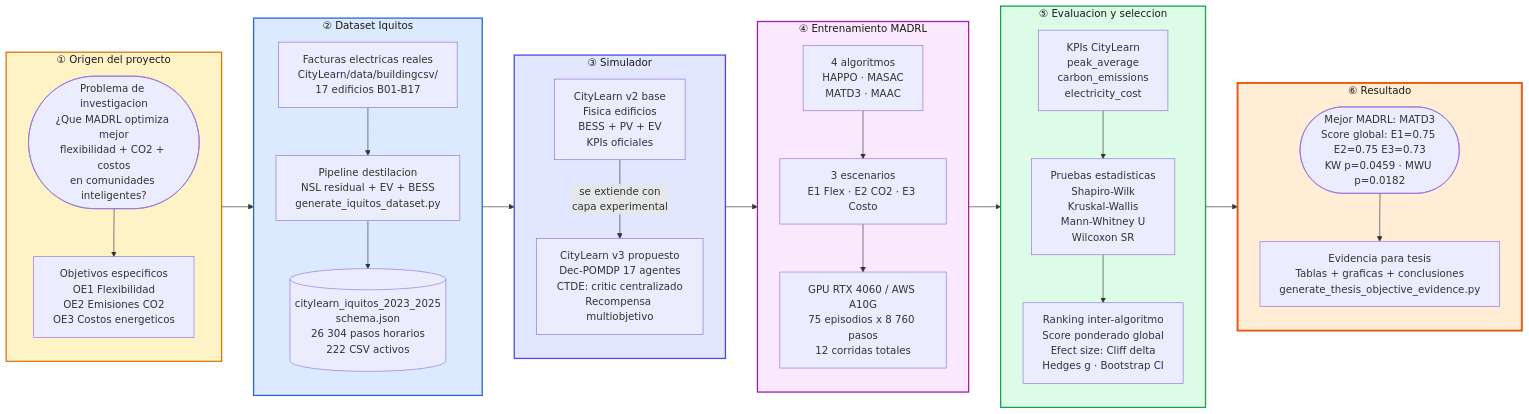
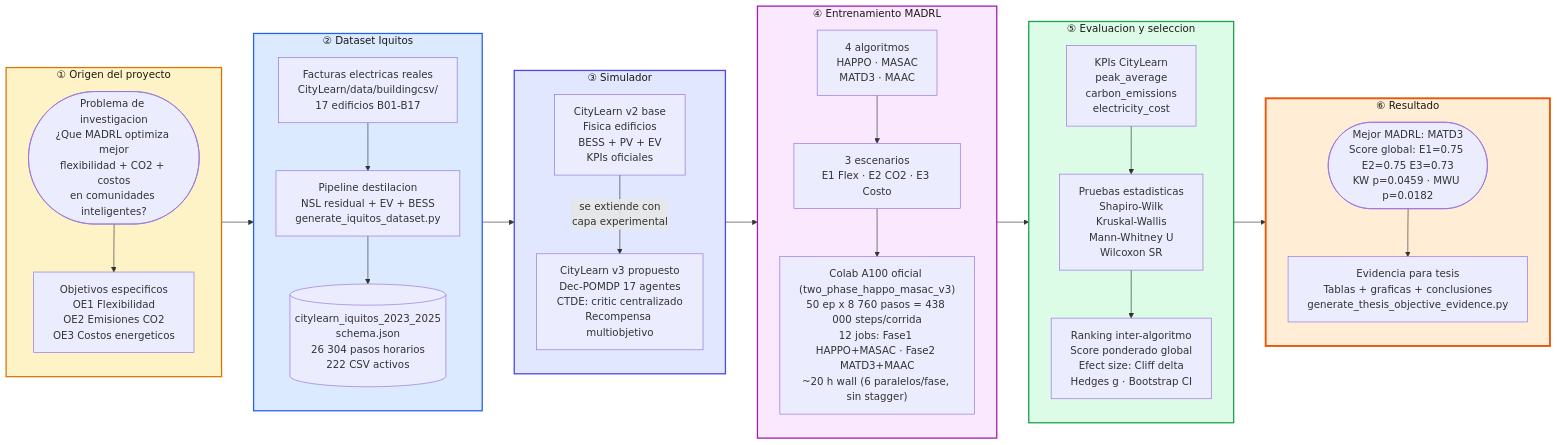
The diagram in outputs/defensa_pdf/mmd/diagram_01.mmd (Mac-Tapia/MADRLCitytleranflexresdr), drawn with Mermaid before and after one commit. The commit also changed 10 other files, not shown here.

Commit message:
docs: update 9 architecture diagrams for two_phase Colab A100 protocol

```diff
--- a/outputs/defensa_pdf/mmd/diagram_01.mmd
+++ b/outputs/defensa_pdf/mmd/diagram_01.mmd
@@ -1,65 +1,65 @@
 flowchart LR
     subgraph ORIGEN["① Origen del proyecto"]
         direction TB
         PROB(["Problema de investigacion\n¿Que MADRL optimiza mejor\nflexibilidad + CO2 + costos\nen comunidades inteligentes?"])
         OBJ["Objetivos especificos\nOE1 Flexibilidad\nOE2 Emisiones CO2\nOE3 Costos energeticos"]
         PROB --> OBJ
     end
 
     subgraph DATOS["② Dataset Iquitos"]
         direction TB
         RAW["Facturas electricas reales\nCityLearn/data/buildingcsv/\n17 edificios B01-B17"]
         PIPE["Pipeline destilacion\nNSL residual + EV + BESS\ngenerate_iquitos_dataset.py"]
         DS[("citylearn_iquitos_2023_2025\nschema.json\n26 304 pasos horarios\n222 CSV activos")]
         RAW --> PIPE --> DS
     end
 
     subgraph SIM["③ Simulador"]
         direction TB
         V2["CityLearn v2 base\nFisica edificios\nBESS + PV + EV\nKPIs oficiales"]
         V3["CityLearn v3 propuesto\nDec-POMDP 17 agentes\nCTDE: critic centralizado\nRecompensa multiobjetivo"]
         V2 -->|"se extiende con\ncapa experimental"| V3
     end
 
     subgraph MADRL_BLOQUE["④ Entrenamiento MADRL"]
         direction TB
         ALGS["4 algoritmos\nHAPPO · MASAC\nMATD3 · MAAC"]
         EJES["3 escenarios\nE1 Flex · E2 CO2 · E3 Costo"]
-        GPU["GPU RTX 4060 / AWS A10G\n75 episodios x 8 760 pasos\n12 corridas totales"]
+        GPU["Colab A100 oficial (two_phase_happo_masac_v3)\n50 ep x 8 760 pasos = 438 000 steps/corrida\n12 jobs: Fase1 HAPPO+MASAC · Fase2 MATD3+MAAC\n~20 h wall (6 paralelos/fase, sin stagger)"]
         ALGS --> EJES --> GPU
     end
 
     subgraph EVAL["⑤ Evaluacion y seleccion"]
         direction TB
         KPIS["KPIs CityLearn\npeak_average\ncarbon_emissions\nelectricity_cost"]
         STAT["Pruebas estadisticas\nShapiro-Wilk\nKruskal-Wallis\nMann-Whitney U\nWilcoxon SR"]
         RANK["Ranking inter-algoritmo\nScore ponderado global\nEfect size: Cliff delta\nHedges g · Bootstrap CI"]
         KPIS --> STAT --> RANK
     end
 
     subgraph RESULT["⑥ Resultado"]
         direction TB
         MEJOR(["Mejor MADRL: MATD3\nScore global: E1=0.75 E2=0.75 E3=0.73\nKW p=0.0459 · MWU p=0.0182"])
         TESIS["Evidencia para tesis\nTablas + graficas + conclusiones\ngenerate_thesis_objective_evidence.py"]
         MEJOR --> TESIS
     end
 
     ORIGEN --> DATOS
     DATOS --> SIM
     SIM --> MADRL_BLOQUE
     MADRL_BLOQUE --> EVAL
     EVAL --> RESULT
 
     classDef origen fill:#fef3c7,stroke:#d97706,color:#1c1917,stroke-width:2px
     classDef datos fill:#dbeafe,stroke:#2563eb,color:#1c1917,stroke-width:2px
     classDef sim fill:#e0e7ff,stroke:#4f46e5,color:#1c1917,stroke-width:2px
     classDef madrl fill:#fae8ff,stroke:#a21caf,color:#1c1917,stroke-width:2px
     classDef eval fill:#dcfce7,stroke:#16a34a,color:#1c1917,stroke-width:2px
     classDef result fill:#ffedd5,stroke:#ea580c,color:#1c1917,stroke-width:3px
 
     class ORIGEN origen
     class DATOS datos
     class SIM sim
     class MADRL_BLOQUE madrl
     class EVAL eval
     class RESULT result
```
